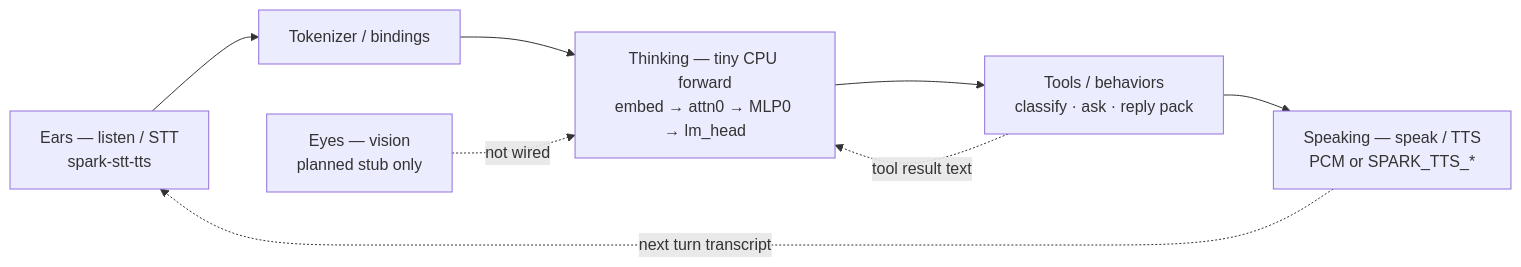
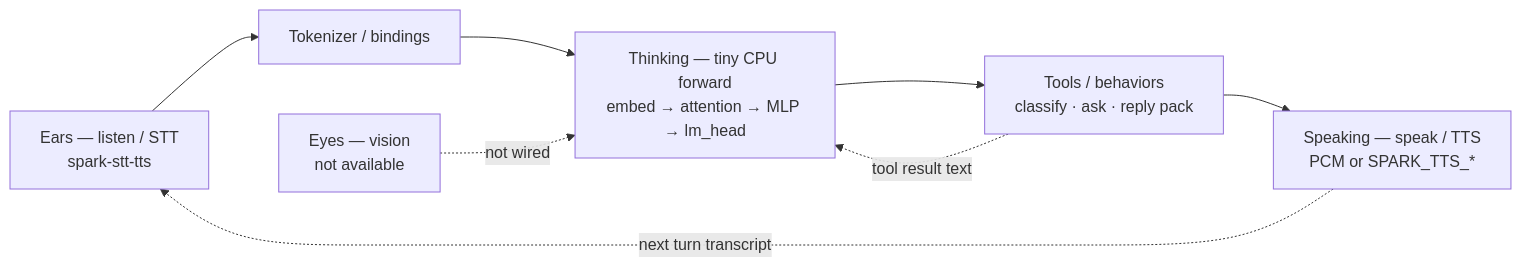
Before and after one commit to sparklang-dev/sparklang: the first of 6 diagrams in docs/MODEL_ASPECTS.md, drawn with Mermaid. The commit also changed other lines of this file and 102 other files, not shown here.

````diff
--- a/docs/MODEL_ASPECTS.md
+++ b/docs/MODEL_ASPECTS.md
@@ -129,14 +129,14 @@
 ```mermaid
 flowchart LR
  EAR["Ears — listen / STT<br/>spark-stt-tts"]
  TOK["Tokenizer / bindings"]
- BRN["Thinking — tiny CPU forward<br/>embed → attn0 → MLP0 → lm_head"]
+ BRN["Thinking — tiny CPU forward<br/>embed → attention → MLP → lm_head"]
  TOOL["Tools / behaviors<br/>classify · ask · reply pack"]
  VOC["Speaking — speak / TTS<br/>PCM or SPARK_TTS_*"]
  EAR --> TOK --> BRN
  BRN --> TOOL
  TOOL --> VOC
  VOC -.->|next turn transcript| EAR
  TOOL -.->|tool result text| BRN
- EYE["Eyes — vision<br/>planned stub only"] -.->|not wired| BRN
+ EYE["Eyes — vision<br/>not available"] -.->|not wired| BRN
 ```
````
